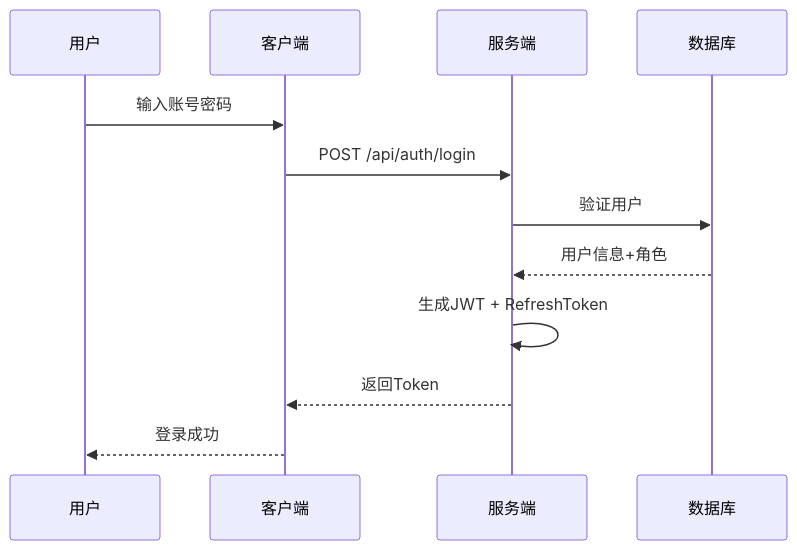
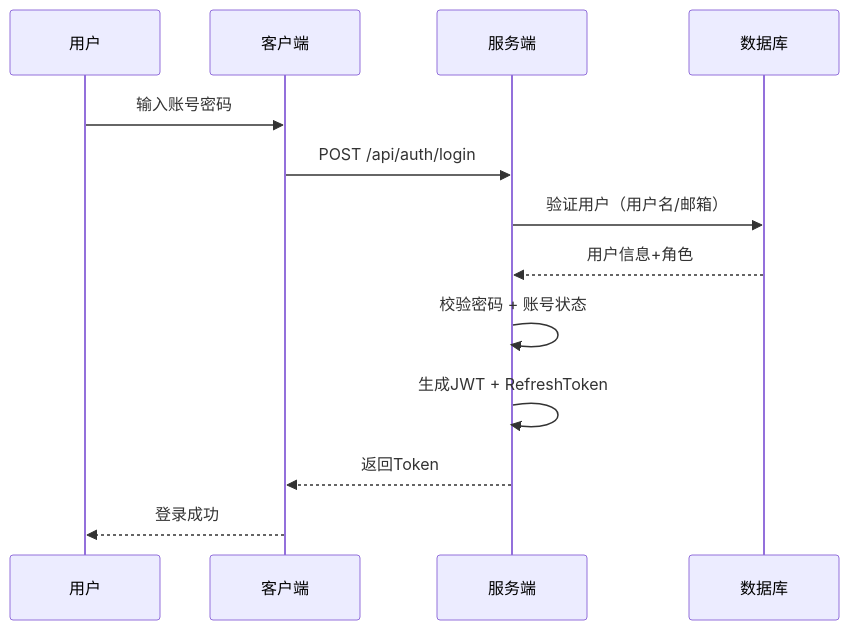
The second of 2 diagrams in docs/03_安全设计.md (zhz151/MES), drawn with Mermaid before and after one commit. The commit also changed other lines of this file and 31 other files, not shown here.

````diff
--- a/docs/03_安全设计.md
+++ b/docs/03_安全设计.md
@@ -71,15 +75,16 @@
 ```mermaid
 sequenceDiagram
     participant U as 用户
     participant C as 客户端
     participant S as 服务端
     participant DB as 数据库
-    
+
     U->>C: 输入账号密码
     C->>S: POST /api/auth/login
-    S->>DB: 验证用户
+    S->>DB: 验证用户（用户名/邮箱）
     DB-->>S: 用户信息+角色
+    S->>S: 校验密码 + 账号状态
     S->>S: 生成JWT + RefreshToken
     S-->>C: 返回Token
     C-->>U: 登录成功
 ```
````
